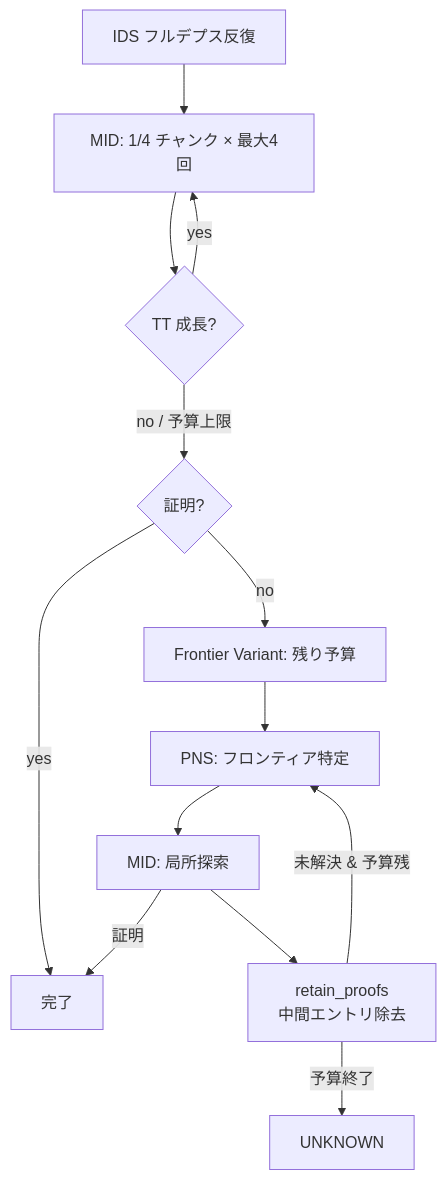
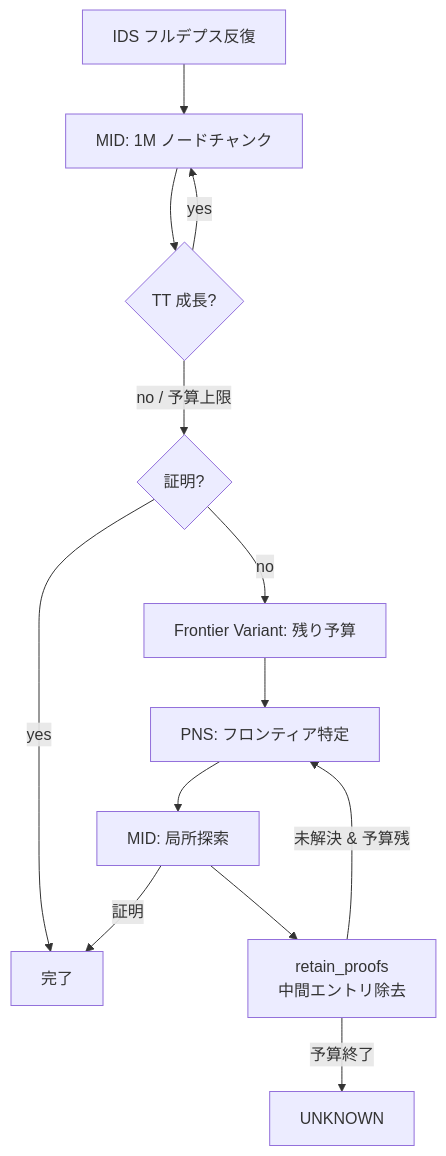
Before and after one commit to dousu/maou: the third of 4 diagrams in docs/design/tsume-solver-design.md, drawn with Mermaid. The commit also changed other lines of this file, not shown here.

````diff
--- a/docs/design/tsume-solver-design.md
+++ b/docs/design/tsume-solver-design.md
@@ -274,15 +274,15 @@
 ```mermaid
 flowchart TD
-    IDS[IDS フルデプス反復] --> MID[MID: 1/4 チャンク × 最大4回]
+    IDS[IDS フルデプス反復] --> MID[MID: 1M ノードチャンク]
     MID --> TTchk{TT 成長?}
     TTchk -->|yes| MID
     TTchk -->|no / 予算上限| C1{証明?}
     C1 -->|yes| Done[完了]
     C1 -->|no| FV[Frontier Variant: 残り予算]
     FV --> PNS[PNS: フロンティア特定]
     PNS --> MID2[MID: 局所探索]
     MID2 --> RP[retain_proofs\n中間エントリ除去]
     RP -->|未解決 & 予算残| PNS
     MID2 -->|証明| Done
     RP -->|予算終了| Unknown[UNKNOWN]
 ```
````
